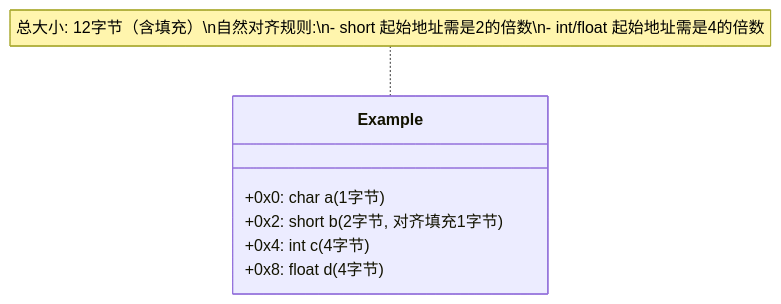
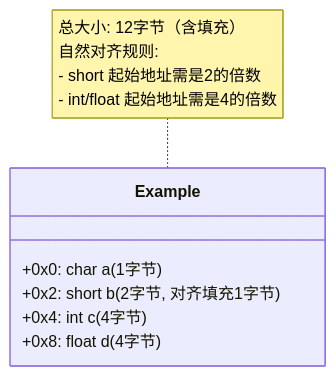
The first of 3 diagrams in Embedded-C/C扩展/字节对齐.md (SolaTian/Embedded-Linux), drawn with Mermaid before and after one commit. The commit also changed other lines of this file, not shown here.

````diff
--- a/Embedded-C/C扩展/字节对齐.md
+++ b/Embedded-C/C扩展/字节对齐.md
@@ -31,11 +34,14 @@
 ```mermaid
 classDiagram
     class Example {
         +0x0: char a (1字节)
         +0x2: short b (2字节, 对齐填充1字节)
         +0x4: int c (4字节)
         +0x8: float d (4字节)
     }
-    note for Example "总大小: 12字节（含填充）\n自然对齐规则:\n- short 起始地址需是2的倍数\n- int/float 起始地址需是4的倍数"
+    note for Example "总大小: 12字节（含填充）
+    自然对齐规则:
+    - short 起始地址需是2的倍数
+    - int/float 起始地址需是4的倍数"
 
 ```
````
